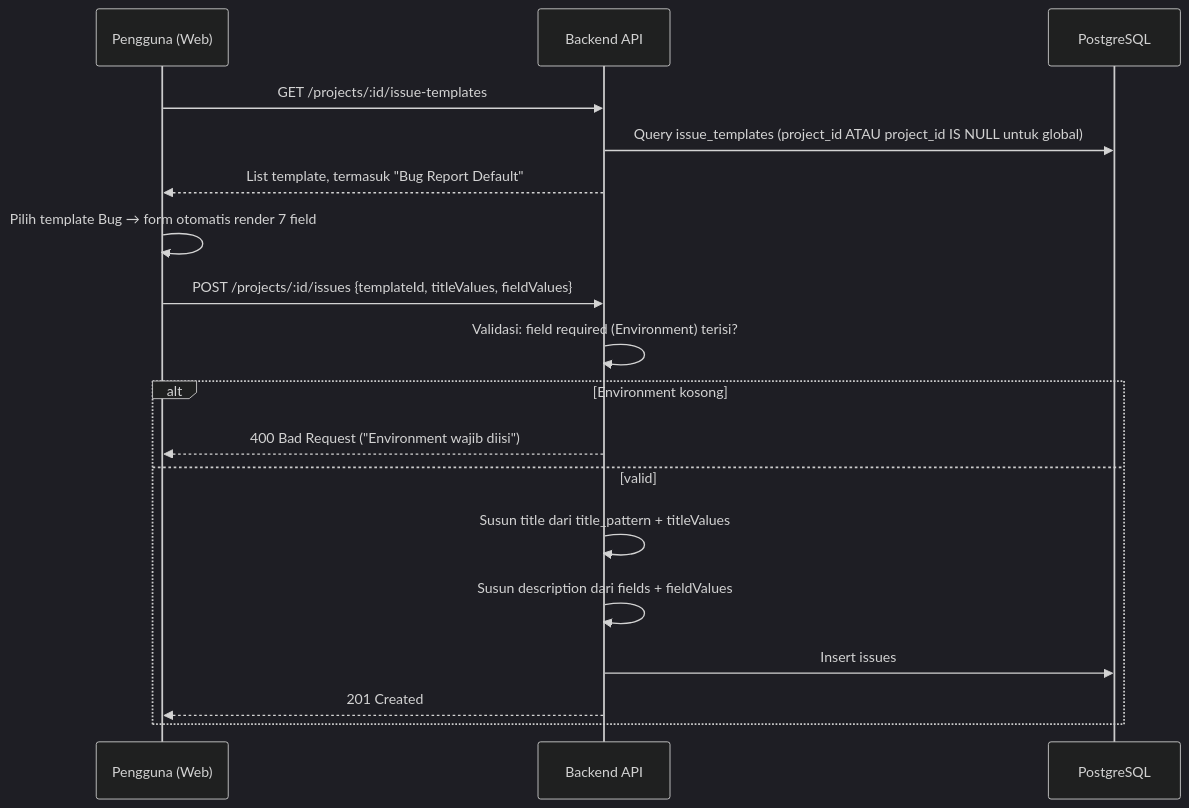
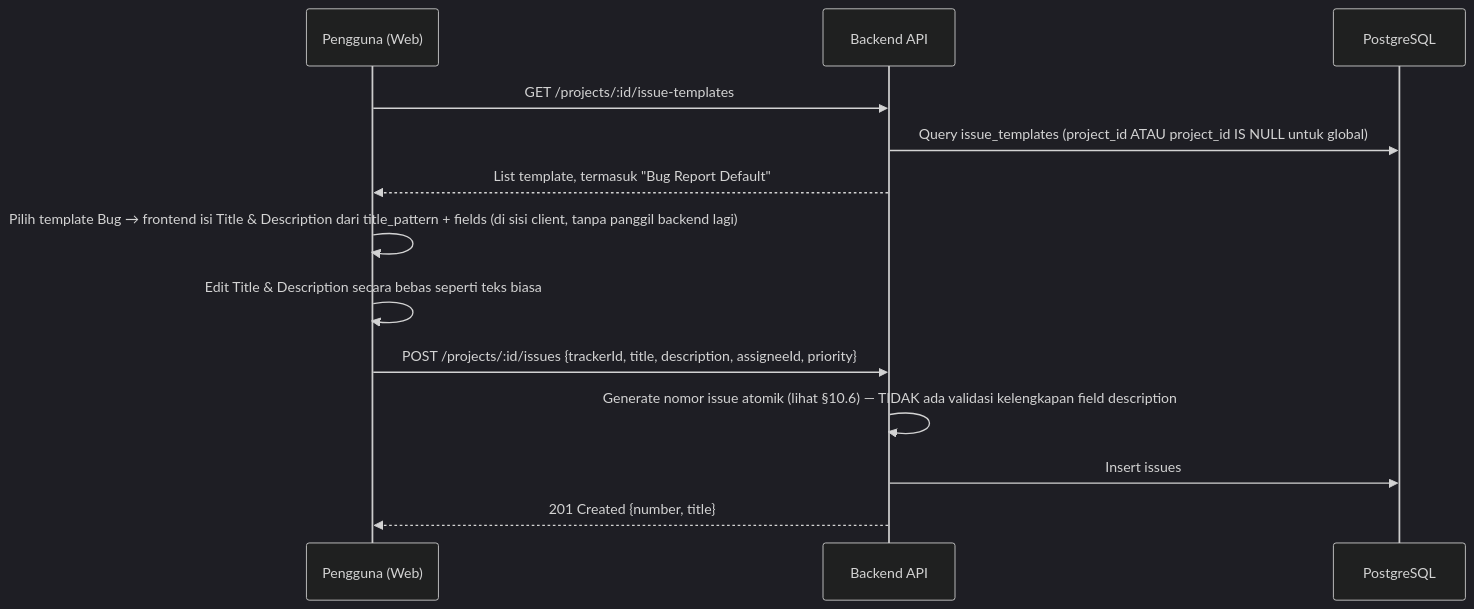
One commit to itshazlan/trackflow changed the seventh of 11 diagrams in SDD_Lean_Internal.md. Above: the diagram before and after it, drawn with Mermaid (dark theme). The commit also changed other lines of this file and 16 other files, not shown here.

Commit message:
feat: add unique key field to project schema and update related services and tests

````diff
--- a/SDD_Lean_Internal.md
+++ b/SDD_Lean_Internal.md
@@ -591,21 +651,16 @@
 ```mermaid
 sequenceDiagram
     participant U as Pengguna (Web)
     participant A as Backend API
     participant PG as PostgreSQL
 
     U->>A: GET /projects/:id/issue-templates
     A->>PG: Query issue_templates (project_id ATAU project_id IS NULL untuk global)
     A-->>U: List template, termasuk "Bug Report Default"
-    U->>U: Pilih template Bug → form otomatis render 7 field
-    U->>A: POST /projects/:id/issues {templateId, titleValues, fieldValues}
-    A->>A: Validasi: field required (Environment) terisi?
-    alt Environment kosong
-        A-->>U: 400 Bad Request ("Environment wajib diisi")
-    else valid
-        A->>A: Susun title dari title_pattern + titleValues
-        A->>A: Susun description dari fields + fieldValues
-        A->>PG: Insert issues
-        A-->>U: 201 Created
-    end
+    U->>U: Pilih template Bug → frontend isi Title & Description dari title_pattern + fields (di sisi client, tanpa panggil backend lagi)
+    U->>U: Edit Title & Description secara bebas seperti teks biasa
+    U->>A: POST /projects/:id/issues {trackerId, title, description, assigneeId, priority}
+    A->>A: Generate nomor issue atomik (lihat §10.6) — TIDAK ada validasi kelengkapan field description
+    A->>PG: Insert issues
+    A-->>U: 201 Created {number, title}
 ```
````
